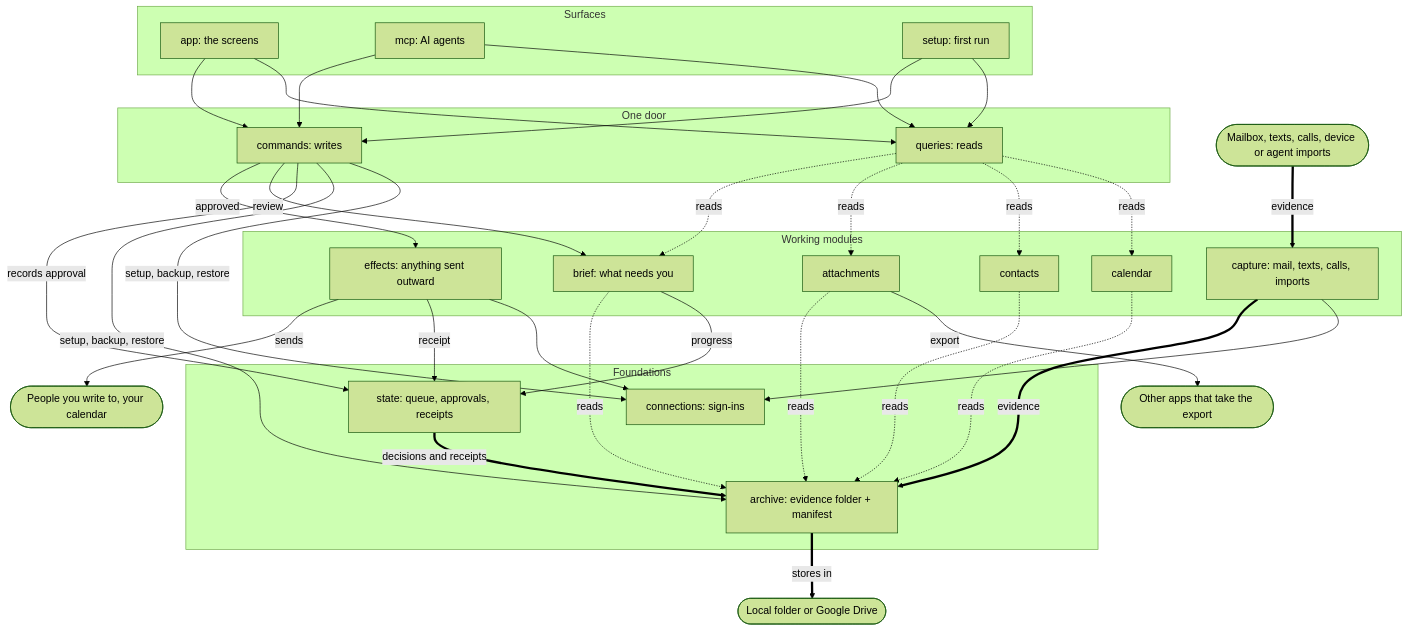
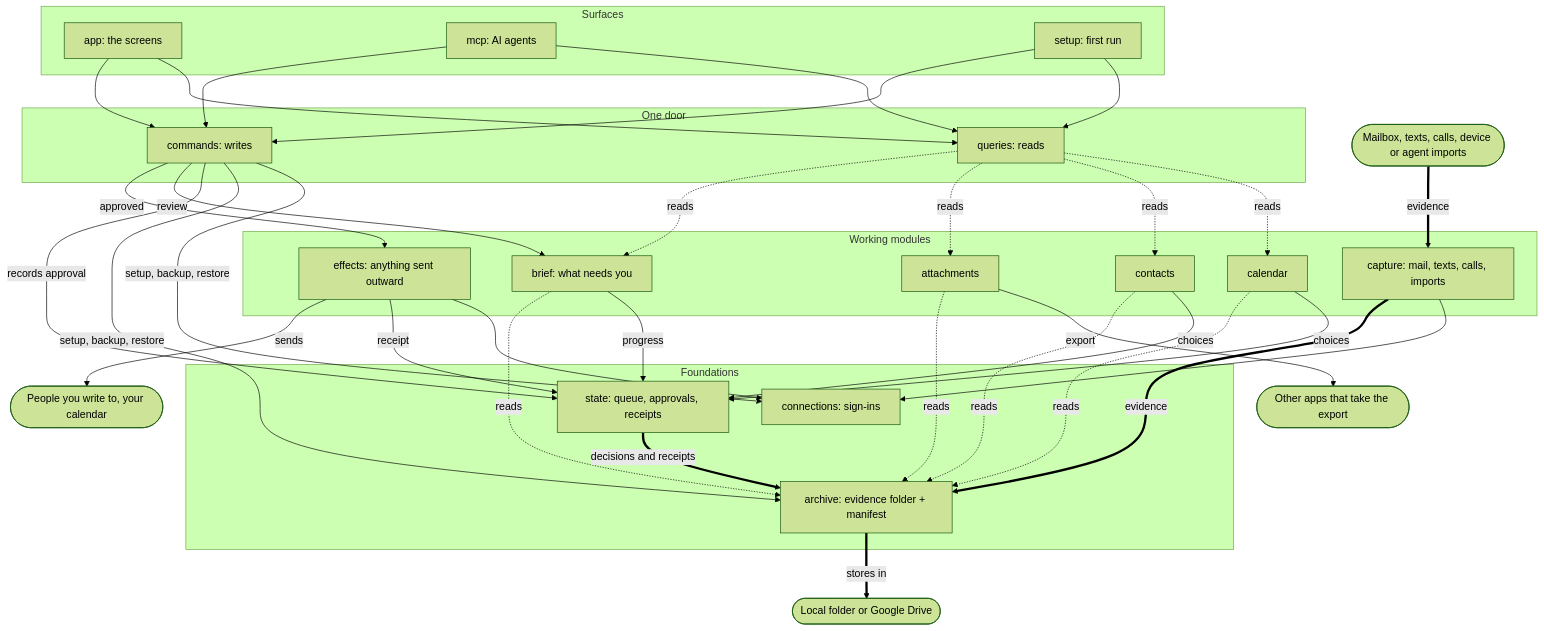
One commit to diligent-communications/diligent-communications changed the diagram in map/target.md. Above: the diagram before and after it, drawn with Mermaid (forest theme). The commit also changed other lines of this file and 19 other files, not shown here.

````diff
--- a/map/target.md
+++ b/map/target.md
@@ -5,52 +5,53 @@
 ```mermaid
 flowchart TB
   subgraph Surfaces
     app[app: the screens]
     mcp[mcp: AI agents]
     setup[setup: first run]
   end
   subgraph Door[One door]
     commands[commands: writes]
     queries[queries: reads]
   end
   subgraph Work[Working modules]
     capture[capture: mail, texts, calls, imports]
     brief[brief: what needs you]
     attachments
     contacts
     calendar
     effects[effects: anything sent outward]
   end
   subgraph Foundations
     archive[archive: evidence folder + manifest]
     state[state: queue, approvals, receipts]
     connections[connections: sign-ins]
   end
   src([Mailbox, texts, calls, device or agent imports])
   out([People you write to, your calendar])
   store([Local folder or Google Drive])
   consumers([Other apps that take the export])
 
   app --> commands & queries
   mcp --> commands & queries
   setup --> commands & queries
 
   src == evidence ==> capture == evidence ==> archive
   archive == stores in ==> store
 
   queries -. reads .-> brief & attachments & contacts & calendar
   brief -. reads .-> archive
   attachments -. reads .-> archive
   contacts -. reads .-> archive
   calendar -. reads .-> archive
 
   commands -- approved --> effects -- sends --> out
   commands -- review --> brief
   attachments -- export --> consumers
   commands -- records approval --> state
   effects -- receipt --> state
   state == decisions and receipts ==> archive
   commands -- setup, backup, restore --> archive & connections
   brief -- progress --> state
+  contacts & calendar -- choices --> state
   capture & effects --> connections
 ```
````
